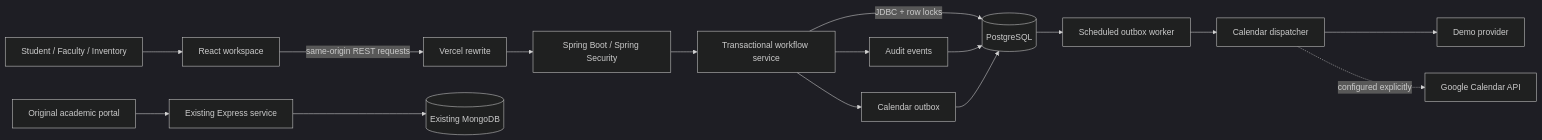
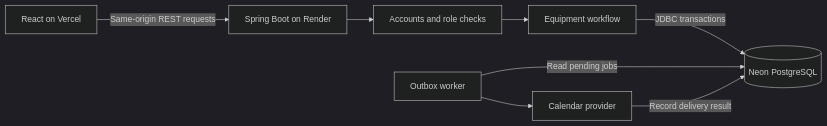
The diagram in README.md (Sammmmsh/CampusFlow), drawn with Mermaid (dark theme) before and after one commit. The commit also changed other lines of this file, not shown here.

Commit message:
docs: rewrite README with project overview and local setup

````diff
--- a/README.md
+++ b/README.md
@@ -42,18 +63,10 @@
 ```mermaid
 flowchart LR
-    U[Student / Faculty / Inventory] --> R[React workspace]
-    R -->|same-origin REST requests| V[Vercel rewrite]
-    V --> J[Spring Boot / Spring Security]
-    J --> W[Transactional workflow service]
-    W -->|JDBC + row locks| DB[(PostgreSQL)]
-    W --> A[Audit events]
-    W --> O[Calendar outbox]
-    A --> DB
-    O --> DB
-    DB --> Q[Scheduled outbox worker]
-    Q --> C[Calendar dispatcher]
-    C --> D[Demo provider]
-    C -. configured explicitly .-> G[Google Calendar API]
-    L[Original academic portal] --> E[Existing Express service]
-    E --> M[(Existing MongoDB)]
+    UI[React on Vercel] -->|Same-origin REST requests| API[Spring Boot on Render]
+    API --> Auth[Accounts and role checks]
+    Auth --> Workflow[Equipment workflow]
+    Workflow -->|JDBC transactions| DB[(Neon PostgreSQL)]
+    Worker[Outbox worker] -->|Read pending jobs| DB
+    Worker --> Calendar[Calendar provider]
+    Calendar -->|Record delivery result| DB
 ```
````
